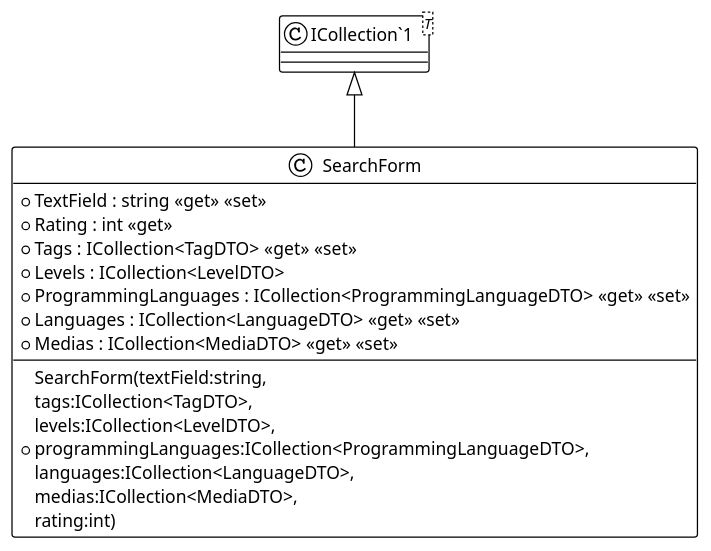
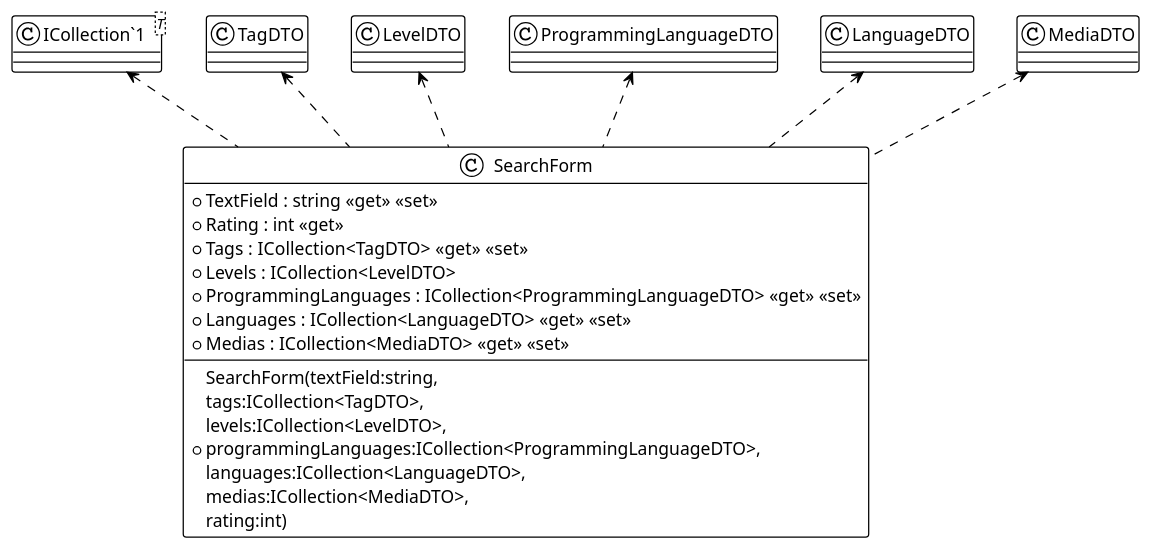
Before and after one commit to ahja-itu/BDSA2021-FinalProject: the diagram in Documentation/UML/CollectedPumls/SearchForm.puml, drawn with PlantUML. The commit also changed 4 other files, not shown here.

Commit message:
Update diagrams

```diff
--- a/Documentation/UML/CollectedPumls/SearchForm.puml
+++ b/Documentation/UML/CollectedPumls/SearchForm.puml
@@ -1,18 +1,23 @@
 @startuml
 !theme plain
 class SearchForm {
     + SearchForm(textField:string, \ntags:ICollection<TagDTO>, \nlevels:ICollection<LevelDTO>, \nprogrammingLanguages:ICollection<ProgrammingLanguageDTO>, \nlanguages:ICollection<LanguageDTO>, \nmedias:ICollection<MediaDTO>, \nrating:int)
     + TextField : string <<get>> <<set>>
     + Rating : int <<get>>
     + Tags : ICollection<TagDTO> <<get>> <<set>>
     + Levels : ICollection<LevelDTO>
     + ProgrammingLanguages : ICollection<ProgrammingLanguageDTO> <<get>> <<set>>
     + Languages : ICollection<LanguageDTO> <<get>> <<set>>
     + Medias : ICollection<MediaDTO> <<get>> <<set>>
 }
 class "ICollection`1"<T> {
 }
 
-"ICollection`1" <|-- SearchForm
+"ICollection`1" <.. SearchForm
+TagDTO <.. SearchForm
+LevelDTO <.. SearchForm
+ProgrammingLanguageDTO <.. SearchForm
+LanguageDTO <.. SearchForm
+MediaDTO <.. SearchForm
 
 @enduml
```
